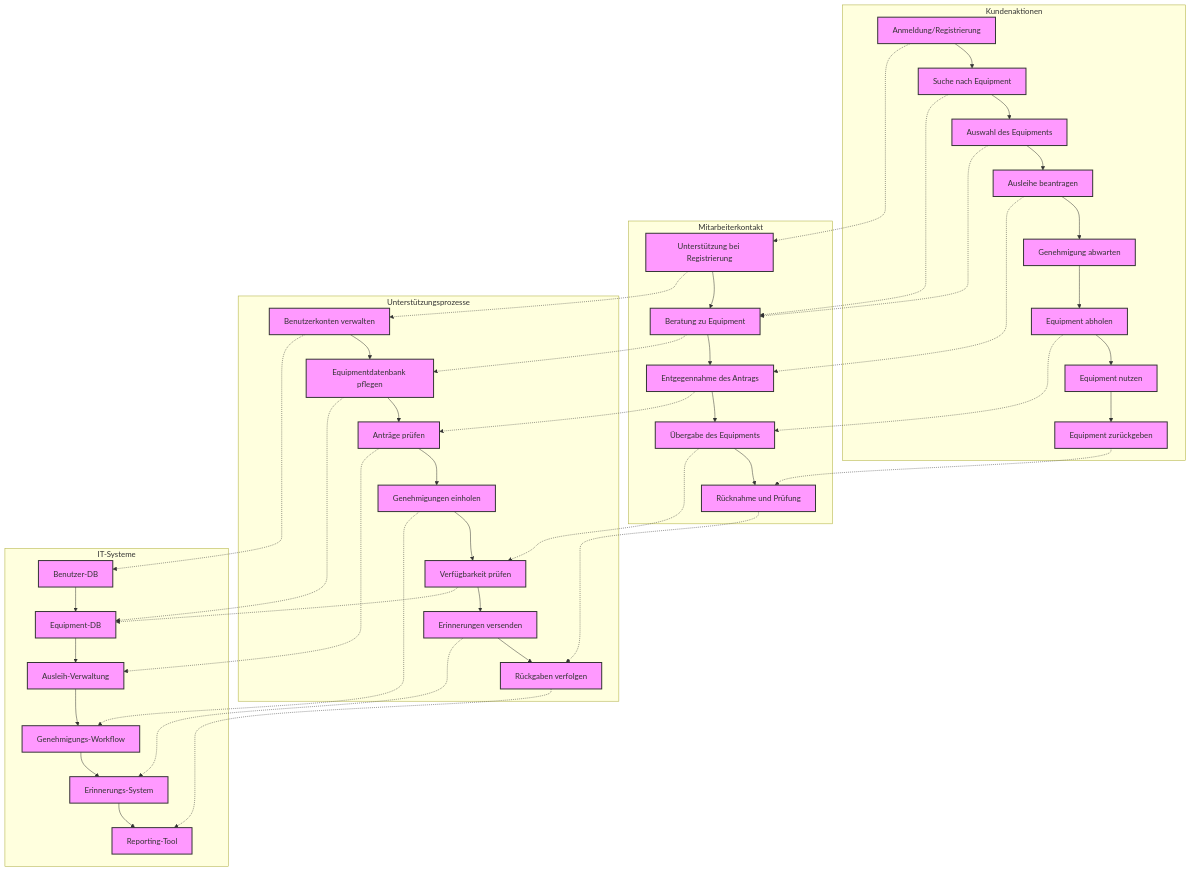
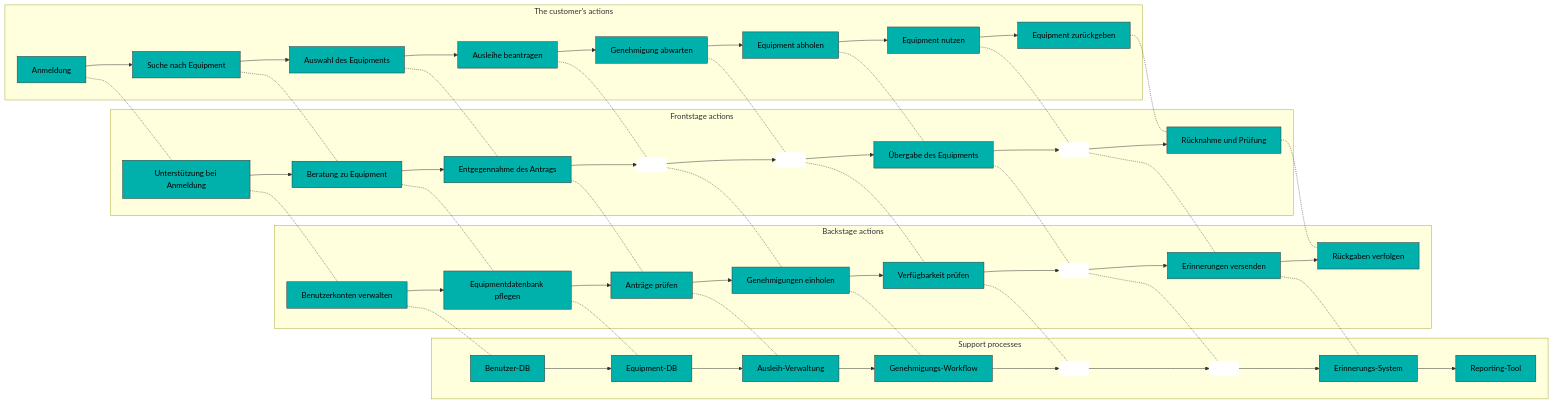
The diagram in blueprint.md (OutmaAixLara/BorrowNOW), drawn with Mermaid before and after one commit.

Commit message:
Adjusted the service blueprint

````diff
--- a/blueprint.md
+++ b/blueprint.md
@@ -1,67 +1,34 @@
 ```mermaid
-graph TD
-    subgraph Kundenaktionen
-        A1[Anmeldung/Registrierung] --> A2[Suche nach Equipment]
-        A2 --> A3[Auswahl des Equipments]
-        A3 --> A4[Ausleihe beantragen]
-        A4 --> A5[Genehmigung abwarten]
-        A5 --> A6[Equipment abholen]
-        A6 --> A7[Equipment nutzen]
-        A7 --> A8[Equipment zurückgeben]
+graph LR
+
+    subgraph Support processes
+        D1[Benutzer-DB] --> D2[Equipment-DB] --> D3[Ausleih-Verwaltung] --> D4[Genehmigungs-Workflow] --> D5[" "] --> D6[" "] --> D7[Erinnerungs-System] --> D8[Reporting-Tool]
     end
 
-    subgraph Mitarbeiterkontakt
-        B1[Unterstützung bei Registrierung] --> B2[Beratung zu Equipment]
-        B2 --> B3[Entgegennahme des Antrags]
-        B3 --> B4[Übergabe des Equipments]
-        B4 --> B5[Rücknahme und Prüfung]
+    subgraph Backstage actions
+        C1[Benutzerkonten verwalten] --> C2[Equipmentdatenbank pflegen] --> C3[Anträge prüfen] --> C4[Genehmigungen einholen] --> C5[Verfügbarkeit prüfen] --> C6[" "] --> C7[Erinnerungen versenden] --> C8[Rückgaben verfolgen]
     end
 
-    subgraph Unterstützungsprozesse
-        C1[Benutzerkonten verwalten] --> C2[Equipmentdatenbank pflegen]
-        C2 --> C3[Anträge prüfen]
-        C3 --> C4[Genehmigungen einholen]
-        C4 --> C5[Verfügbarkeit prüfen]
-        C5 --> C6[Erinnerungen versenden]
-        C6 --> C7[Rückgaben verfolgen]
+    subgraph Frontstage actions
+        B1[Unterstützung bei Anmeldung] --> B2[Beratung zu Equipment] --> B3[Entgegennahme des Antrags] --> B4[" "] --> B5[" "] --> B6[Übergabe des Equipments] --> B7[" "] --> B8[Rücknahme und Prüfung]
     end
 
-    subgraph IT-Systeme
-        D1[Benutzer-DB] --> D2[Equipment-DB]
-        D2 --> D3[Ausleih-Verwaltung]
-        D3 --> D4[Genehmigungs-Workflow]
-        D4 --> D5[Erinnerungs-System]
-        D5 --> D6[Reporting-Tool]
+    subgraph The customer's actions
+        A1[Anmeldung] --> A2[Suche nach Equipment] --> A3[Auswahl des Equipments] --> A4[Ausleihe beantragen] --> A5[Genehmigung abwarten] --> A6[Equipment abholen] --> A7[Equipment nutzen] --> A8[Equipment zurückgeben]
     end
 
-    %% Verbindungen zwischen den Ebenen
-    A1 -.-> B1
-    A2 -.-> B2
-    A3 -.-> B2
-    A4 -.-> B3
-    A6 -.-> B4
-    A8 -.-> B5
+    A1 -.- B1 -.- C1 -.- D1
+    A2 -.- B2 -.- C2 -.- D2
+    A3 -.- B3 -.- C3 -.- D3
+    A4 -.- B4 -.- C4 -.- D4
+    A5 -.- B5 -.- C5 -.- D5
+    A6 -.- B6 -.- C6 -.- D6
+    A7 -.- B7 -.- C7 -.- D7
+    A8 -.- B8 -.- C8
 
-    B1 -.-> C1
-    B2 -.-> C2
-    B3 -.-> C3
-    B4 -.-> C5
-    B5 -.-> C7
-
-    C1 -.-> D1
-    C2 -.-> D2
-    C3 -.-> D3
-    C4 -.-> D4
-    C5 -.-> D2
-    C6 -.-> D5
-    C7 -.-> D6
-
-    %% Legende
-    classDef defaultStyle fill:#f9f,stroke:#333,stroke-width:2px;
-    class A1,A2,A3,A4,A5,A6,A7,A8 defaultStyle;
-    class B1,B2,B3,B4,B5 defaultStyle;
-    class C1,C2,C3,C4,C5,C6,C7 defaultStyle;
-    class D1,D2,D3,D4,D5,D6 defaultStyle;
+    classDef default fill:#00b1ab,stroke:#333,stroke-width:1px,color:#000;
+    classDef invisible fill:#ffffff,stroke:#ffffff,color:#000;
+    class D5,D6,B4,B5,B7,C6 invisible;
 
 
 ```
````
